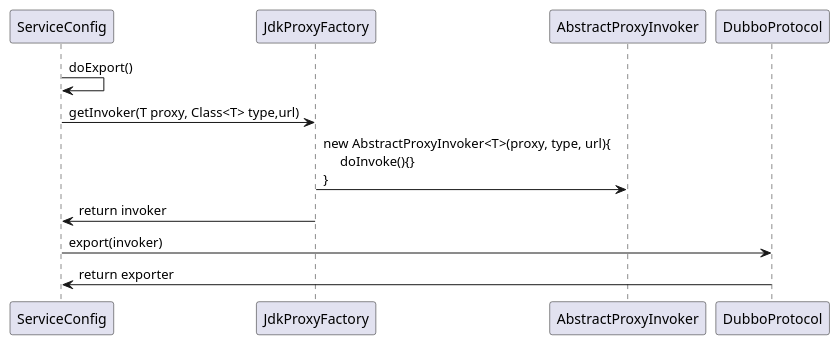
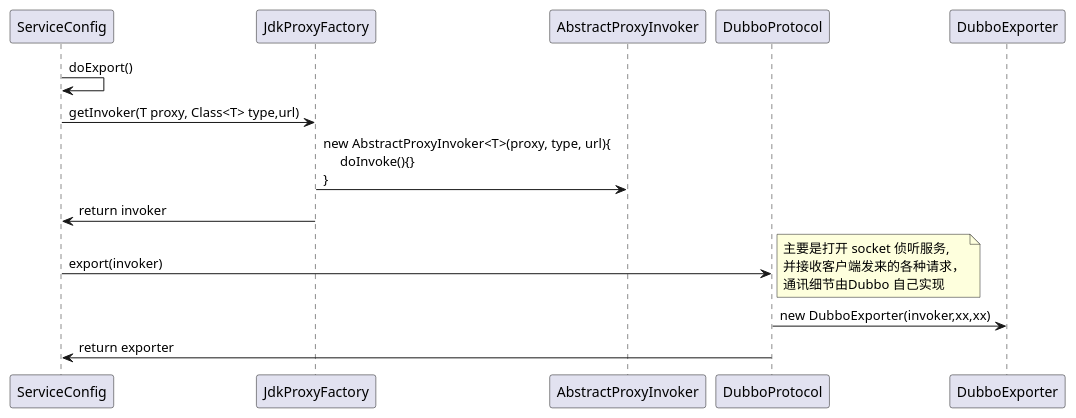
Before and after one commit to newbigTech/myDesignPattern: the diagram in uml/dubbo/protocol-export-invoker-sequence.puml, drawn with PlantUML. The commit also changed 1 other file, not shown here.

Commit message:
uml图

```diff
--- a/uml/dubbo/protocol-export-invoker-sequence.puml
+++ b/uml/dubbo/protocol-export-invoker-sequence.puml
@@ -1,17 +1,20 @@
 @startuml
 participant "ServiceConfig"                 as ServiceConfig
 participant "JdkProxyFactory"               as JdkProxyFactory
 participant "AbstractProxyInvoker"          as AbstractProxyInvoker
 participant "DubboProtocol"                 as DubboProtocol
 'participant "DubboInvoker"                 as DubboInvoker
 'participant "AbstractProxyFactory"         as AbstractProxyFactory
 'participant "InvokerInvocationHandler"     as InvokerInvocationHandler
+'participant "DubboExporter"                as DubboExporter
 
 ServiceConfig -> ServiceConfig:doExport()
 ServiceConfig -> JdkProxyFactory:getInvoker(T proxy, Class<T> type,url)
 JdkProxyFactory -> AbstractProxyInvoker:new AbstractProxyInvoker<T>(proxy, type, url){\n     doInvoke(){}\n}
 JdkProxyFactory -> ServiceConfig:return invoker
 ServiceConfig -> DubboProtocol:export(invoker)
+note right : 主要是打开 socket 侦听服务,\n并接收客户端发来的各种请求，\n通讯细节由Dubbo 自己实现
+DubboProtocol -> DubboExporter:new DubboExporter(invoker,xx,xx)
 DubboProtocol -> ServiceConfig:return exporter
 
 @enduml
```
